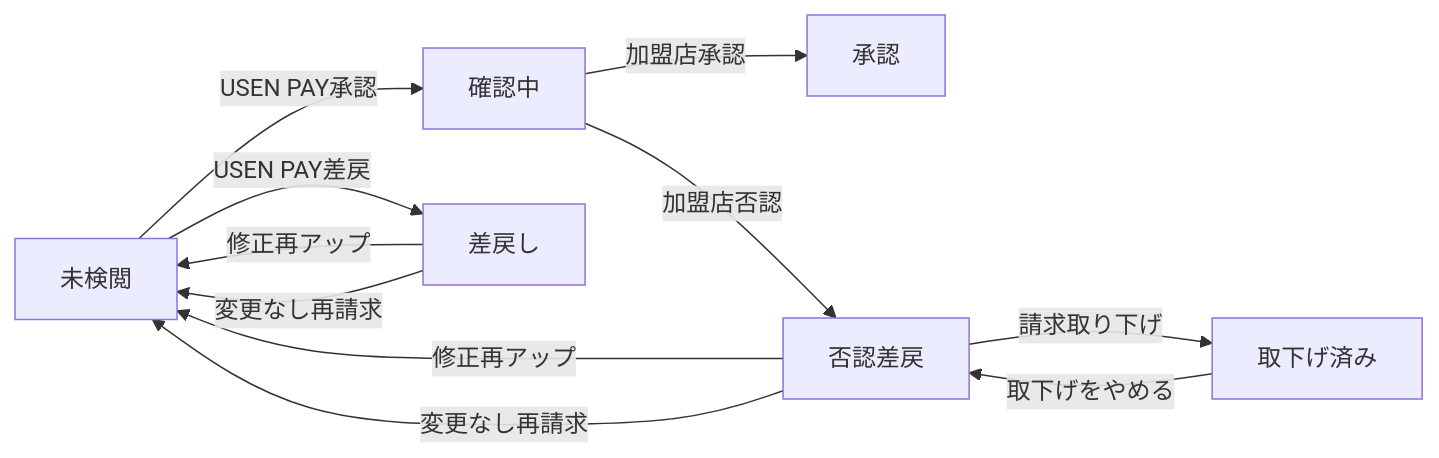
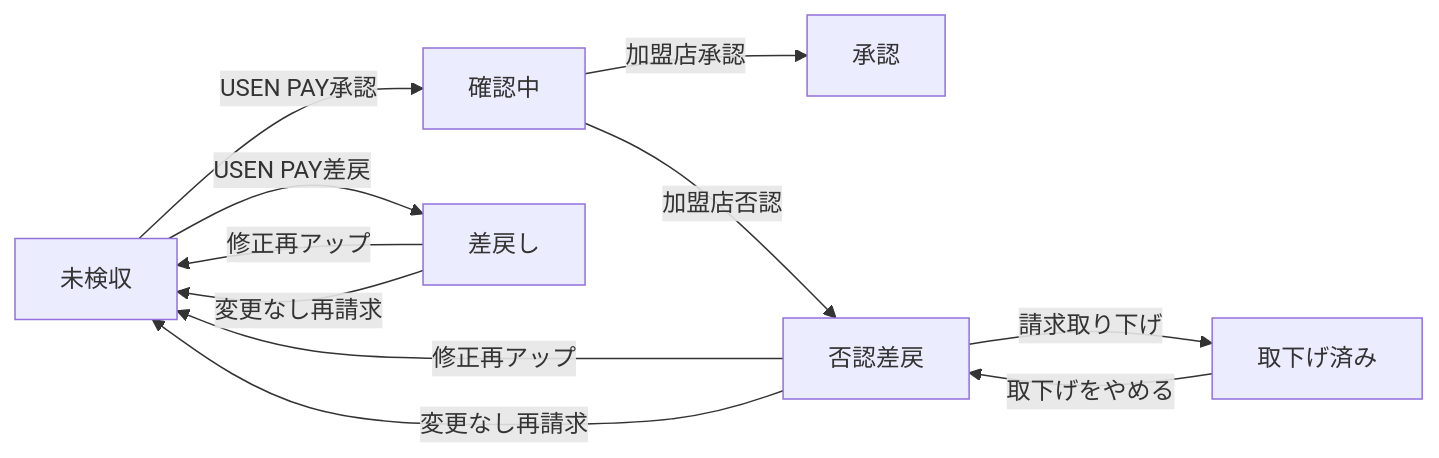
Before and after one commit to USEN-PAY-Products/connect-wholesale-gas-poc: the diagram in docs/specifications/07_test_scenarios.md, drawn with Mermaid. The commit also changed other lines of this file and 13 other files, not shown here.

````diff
--- a/docs/specifications/07_test_scenarios.md
+++ b/docs/specifications/07_test_scenarios.md
@@ -223,13 +247,13 @@
 ```mermaid
 flowchart LR
-    A["未検閲"] -->|USEN PAY承認| B["確認中"]
+    A["未検収"] -->|USEN PAY承認| B["確認中"]
     A -->|USEN PAY差戻| C["差戻し"]
     B -->|加盟店承認| D["承認"]
     B -->|加盟店否認| E["否認差戻"]
     C -->|修正再アップ| A
     C -->|変更なし再請求| A
     E -->|修正再アップ| A
     E -->|変更なし再請求| A
     E -->|請求取り下げ| F["取下げ済み"]
     F -->|取下げをやめる| E
 ```
````
